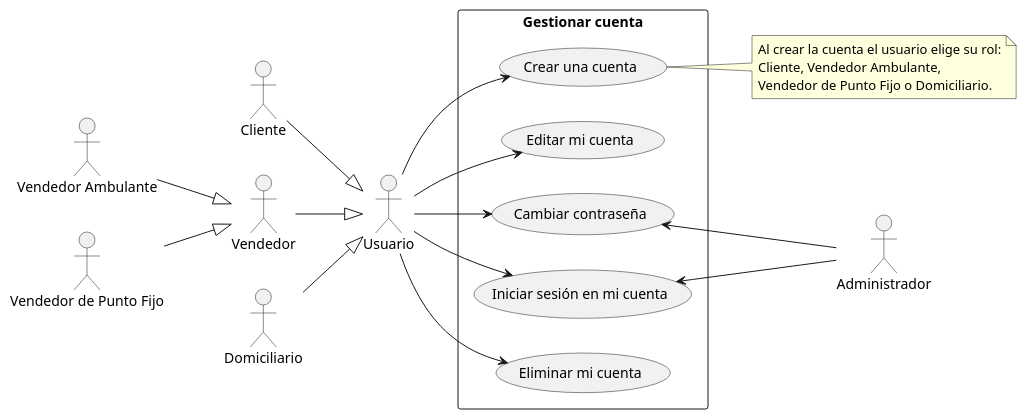
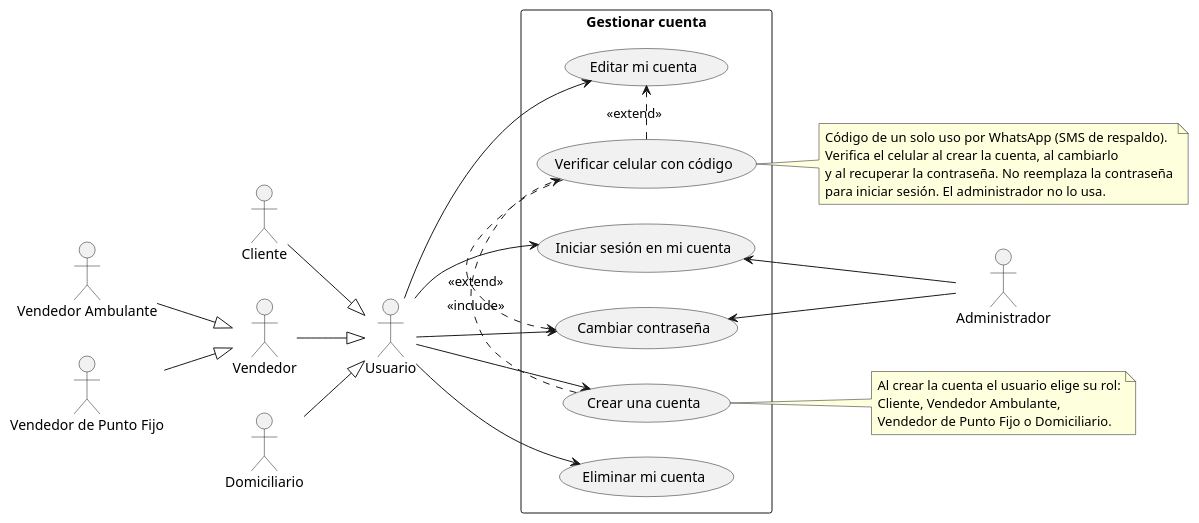
Before and after one commit to RAAR-18/napa: the diagram in casos de uso/gestionar_cuenta.puml, drawn with PlantUML.

Commit message:
docs: Actualizar el caso de uso gestionar_cuenta.puml con verificar celular con código

```diff
--- a/casos de uso/gestionar_cuenta.puml
+++ b/casos de uso/gestionar_cuenta.puml
@@ -1,42 +1,54 @@
 @startuml
 
 left to right direction
 
 actor "Usuario" as u
 actor "Cliente" as c
 actor "Vendedor" as v
 actor "Vendedor Ambulante" as va
 actor "Vendedor de Punto Fijo" as vpf
 actor "Domiciliario" as d
 actor "Administrador" as adm
 
 c --|> u
 v --|> u
 d --|> u
 va --|> v
 vpf --|> v
 
 rectangle "Gestionar cuenta" {
   usecase "Crear una cuenta" as UC1
   usecase "Editar mi cuenta" as UC2
   usecase "Cambiar contraseña" as UC3
   usecase "Iniciar sesión en mi cuenta" as UC4
   usecase "Eliminar mi cuenta" as UC5
+  usecase "Verificar celular con código" as UC6
 }
 
 u --> UC1
 u --> UC2
 u --> UC3
 u --> UC4
 u --> UC5
 
 UC4 <-- adm
 UC3 <-- adm
 
+UC1 .> UC6 : <<include>>
+UC6 .> UC2 : <<extend>>
+UC6 .> UC3 : <<extend>>
+
 note right of UC1
   Al crear la cuenta el usuario elige su rol:
   Cliente, Vendedor Ambulante,
   Vendedor de Punto Fijo o Domiciliario.
 end note
 
+note right of UC6
+  Código de un solo uso por WhatsApp (SMS de respaldo).
+  Verifica el celular al crear la cuenta, al cambiarlo
+  y al recuperar la contraseña. No reemplaza la contraseña
+  para iniciar sesión. El administrador no lo usa.
+end note
+
 @enduml
```
